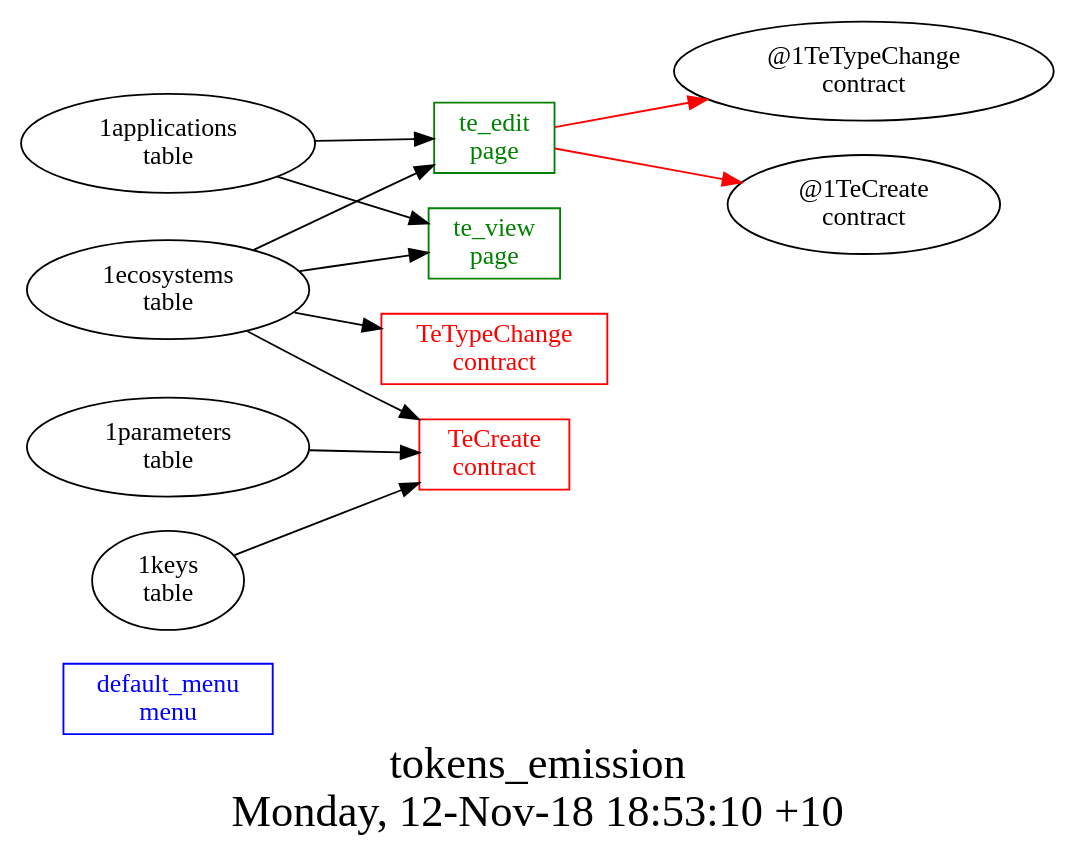
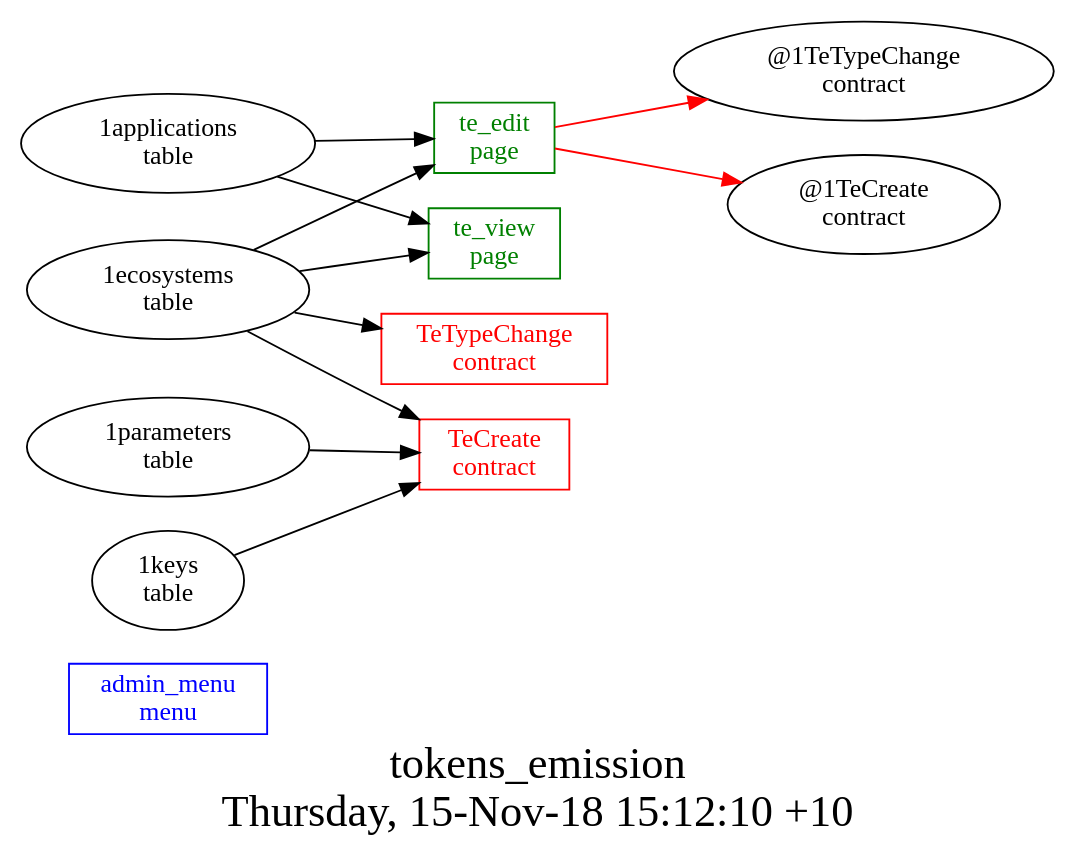
The diagram in other/tokens_emission/struct.dot (AplaProject/apps), drawn with Graphviz before and after one commit. The commit also changed 4 other files, not shown here.

Commit message:
Fixed menu for tokens_emission

```diff
--- a/other/tokens_emission/struct.dot
+++ b/other/tokens_emission/struct.dot
@@ -1,23 +1,23 @@
 digraph G {
 fontsize="24";
-label="tokens_emission\nMonday, 12-Nov-18 18:53:10 +10";
+label="tokens_emission\nThursday, 15-Nov-18 15:12:10 +10";
 nojustify=true;
 ordering=out;
 rankdir=LR;
 size="30";
-"default_menu\nmenu" [color=blue, fontcolor=blue, group=menus, shape=record];
+"admin_menu\nmenu" [color=blue, fontcolor=blue, group=menus, shape=record];
 "te_edit\npage" -> "@1TeTypeChange\ncontract"  [ color=red ]
 "te_edit\npage" -> "@1TeCreate\ncontract"  [ color=red ]
 "1applications\ntable" -> "te_edit\npage"
 "1ecosystems\ntable" -> "te_edit\npage"
 "te_edit\npage" [color=green, fontcolor=green, group=pages, shape=record];
 "1applications\ntable" -> "te_view\npage"
 "1ecosystems\ntable" -> "te_view\npage"
 "te_view\npage" [color=green, fontcolor=green, group=pages, shape=record];
 "1parameters\ntable" -> "TeCreate\ncontract"
 "1ecosystems\ntable" -> "TeCreate\ncontract"
 "1keys\ntable" -> "TeCreate\ncontract"
 "TeCreate\ncontract" [color=red, fontcolor=red, group=contracts, shape=record];
 "1ecosystems\ntable" -> "TeTypeChange\ncontract"
 "TeTypeChange\ncontract" [color=red, fontcolor=red, group=contracts, shape=record];
 }
```
